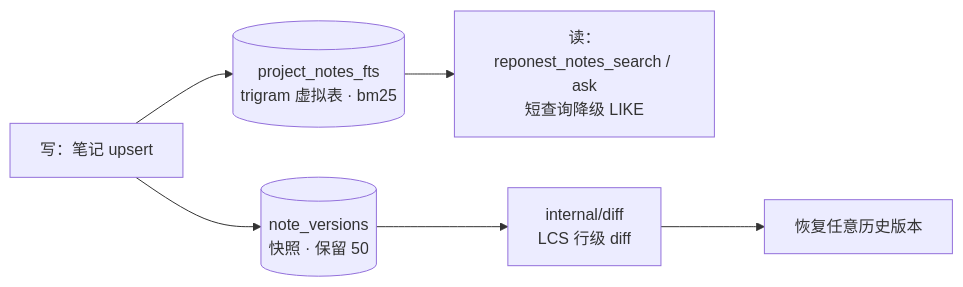
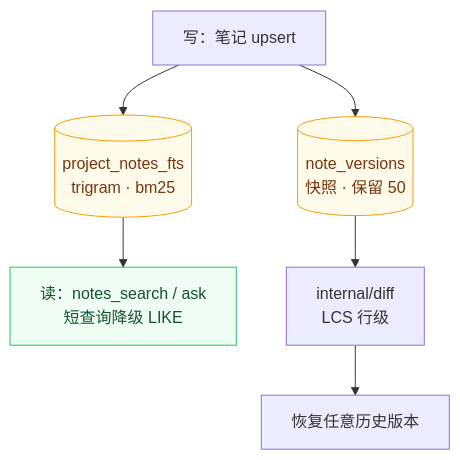
Before and after one commit to sky-jiangcheng/RepoNest: the third of 4 diagrams in docs/architecture.md, drawn with Mermaid. The commit also changed other lines of this file and 14 other files, not shown here.

First line of the commit message:
docs(diagrams): 全站 mermaid 图重构 — 告别'宽扁香肠'布局

````diff
--- a/docs/architecture.md
+++ b/docs/architecture.md
@@ -58,8 +59,12 @@
 ```mermaid
-flowchart LR
-    W["写：笔记 upsert"] --> FTS[("project_notes_fts<br/>trigram 虚拟表 · bm25")]
+flowchart TB
+    W["写：笔记 upsert"] --> FTS[("project_notes_fts<br/>trigram · bm25")]
     W --> VER[("note_versions<br/>快照 · 保留 50")]
-    FTS --> R["读：reponest_notes_search / ask<br/>短查询降级 LIKE"]
-    VER --> DIFF["internal/diff<br/>LCS 行级 diff"]
+    FTS --> R["读：notes_search / ask<br/>短查询降级 LIKE"]
+    VER --> DIFF["internal/diff<br/>LCS 行级"]
     DIFF --> RESTORE["恢复任意历史版本"]
+        classDef store fill:#fffbeb,stroke:#f59e0b,color:#78350f
+        classDef read fill:#f0fdf4,stroke:#22c55e,color:#14532d
+    class FTS,VER store
+    class R read
 ```
````
